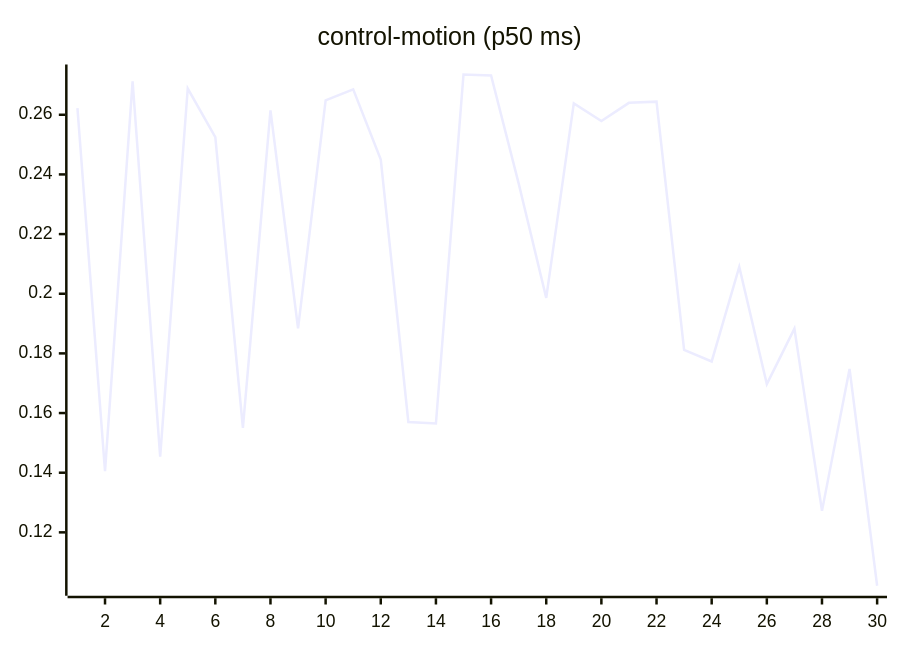
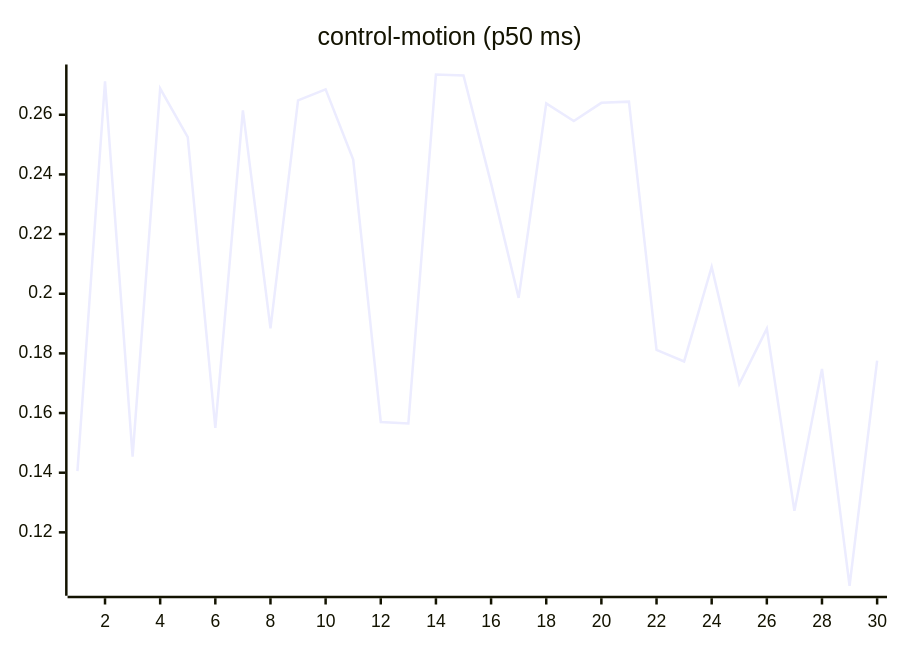
The seventh of 27 diagrams in README.md (josha/Facet), drawn with Mermaid before and after one commit. The commit also changed other lines of this file and 2 other files, not shown here.

````diff
--- a/README.md
+++ b/README.md
@@ -105,6 +105,6 @@
 ```mermaid
 xychart-beta
     title "control-motion (p50 ms)"
     x-axis 1 --> 30
-    line [0.2622, 0.1405, 0.2712, 0.1454, 0.2688, 0.2525, 0.1550, 0.2615, 0.1884, 0.2648, 0.2685, 0.2450, 0.1570, 0.1565, 0.2735, 0.2732, 0.2370, 0.1986, 0.2638, 0.2579, 0.2640, 0.2644, 0.1812, 0.1773, 0.2090, 0.1697, 0.1883, 0.1272, 0.1748, 0.1021]
+    line [0.1405, 0.2712, 0.1454, 0.2688, 0.2525, 0.1550, 0.2615, 0.1884, 0.2648, 0.2685, 0.2450, 0.1570, 0.1565, 0.2735, 0.2732, 0.2370, 0.1986, 0.2638, 0.2579, 0.2640, 0.2644, 0.1812, 0.1773, 0.2090, 0.1697, 0.1883, 0.1272, 0.1748, 0.1021, 0.1776]
 ```
````
